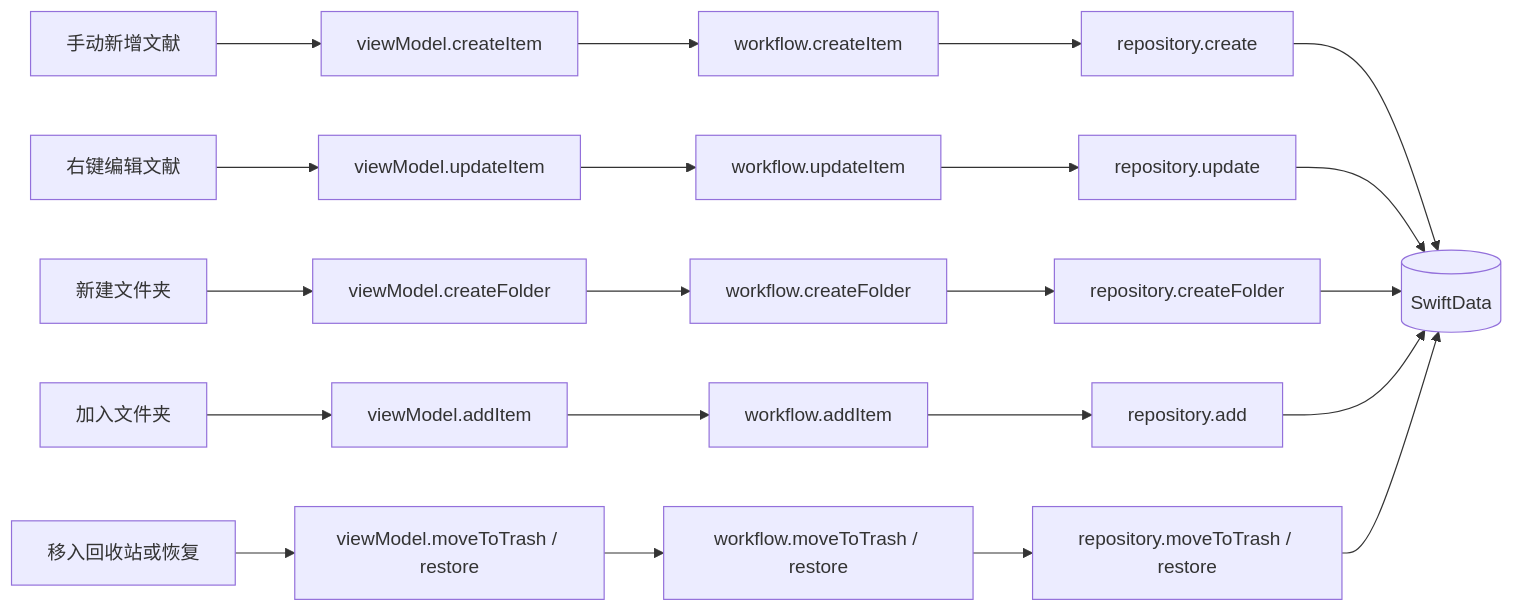
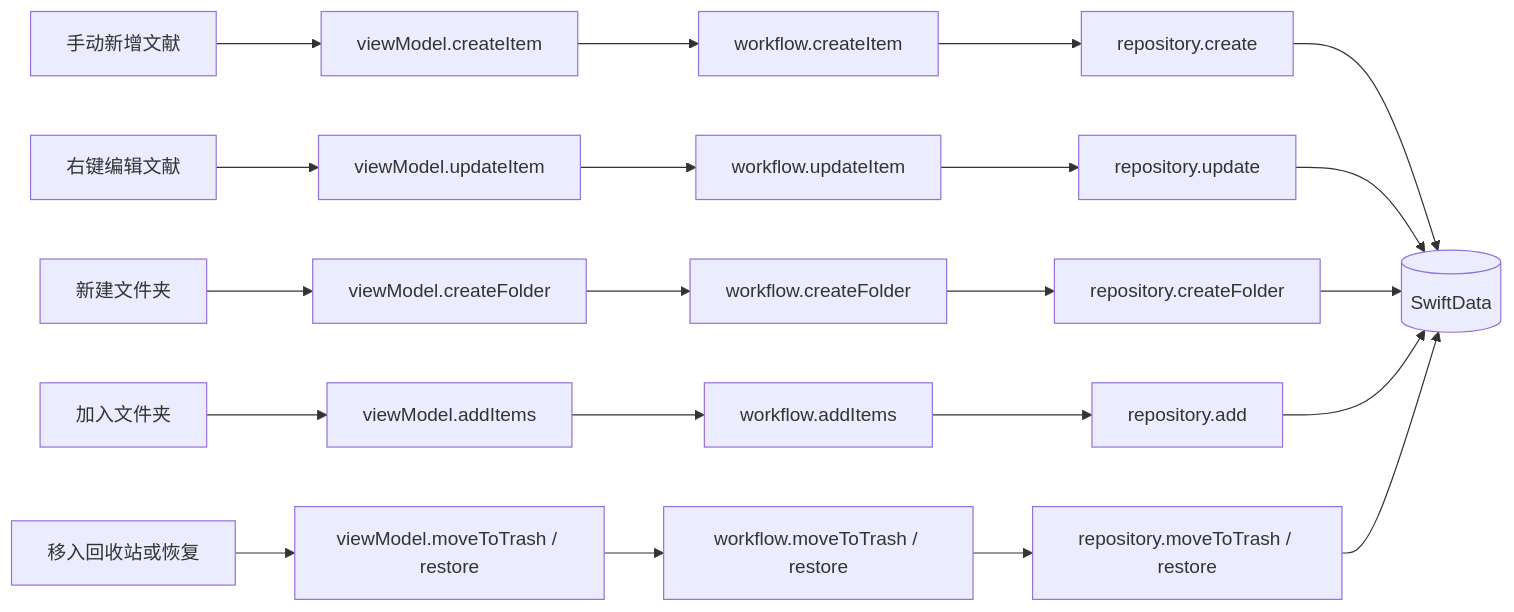
One commit to haifeng-dai/Refolio changed the second of 7 diagrams in ARCHITECTURE.md. Above: the diagram before and after it, drawn with Mermaid. The commit also changed other lines of this file and 1 other file, not shown here.

Commit message:
docs: update release and architecture documentation

````diff
--- a/ARCHITECTURE.md
+++ b/ARCHITECTURE.md
@@ -215,23 +243,23 @@
 ```mermaid
 flowchart LR
     A[手动新增文献] --> V1[viewModel.createItem]
     B[右键编辑文献] --> V2[viewModel.updateItem]
     C[新建文件夹] --> V3[viewModel.createFolder]
-    D[加入文件夹] --> V4[viewModel.addItem]
+    D[加入文件夹] --> V4[viewModel.addItems]
     E[移入回收站或恢复] --> V5[viewModel.moveToTrash / restore]
     V1 --> W1[workflow.createItem]
     V2 --> W2[workflow.updateItem]
     V3 --> W3[workflow.createFolder]
-    V4 --> W4[workflow.addItem]
+    V4 --> W4[workflow.addItems]
     V5 --> W5[workflow.moveToTrash / restore]
     W1 --> R1[repository.create]
     W2 --> R2[repository.update]
     W3 --> R3[repository.createFolder]
     W4 --> R4[repository.add]
     W5 --> R5[repository.moveToTrash / restore]
     R1 --> DB[(SwiftData)]
     R2 --> DB
     R3 --> DB
     R4 --> DB
     R5 --> DB
 ```
````
